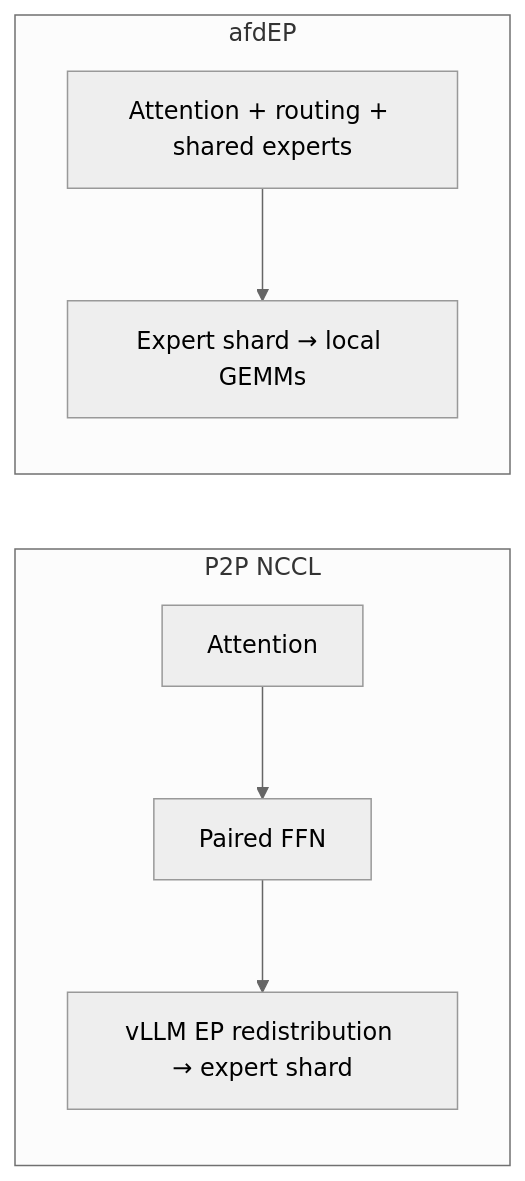
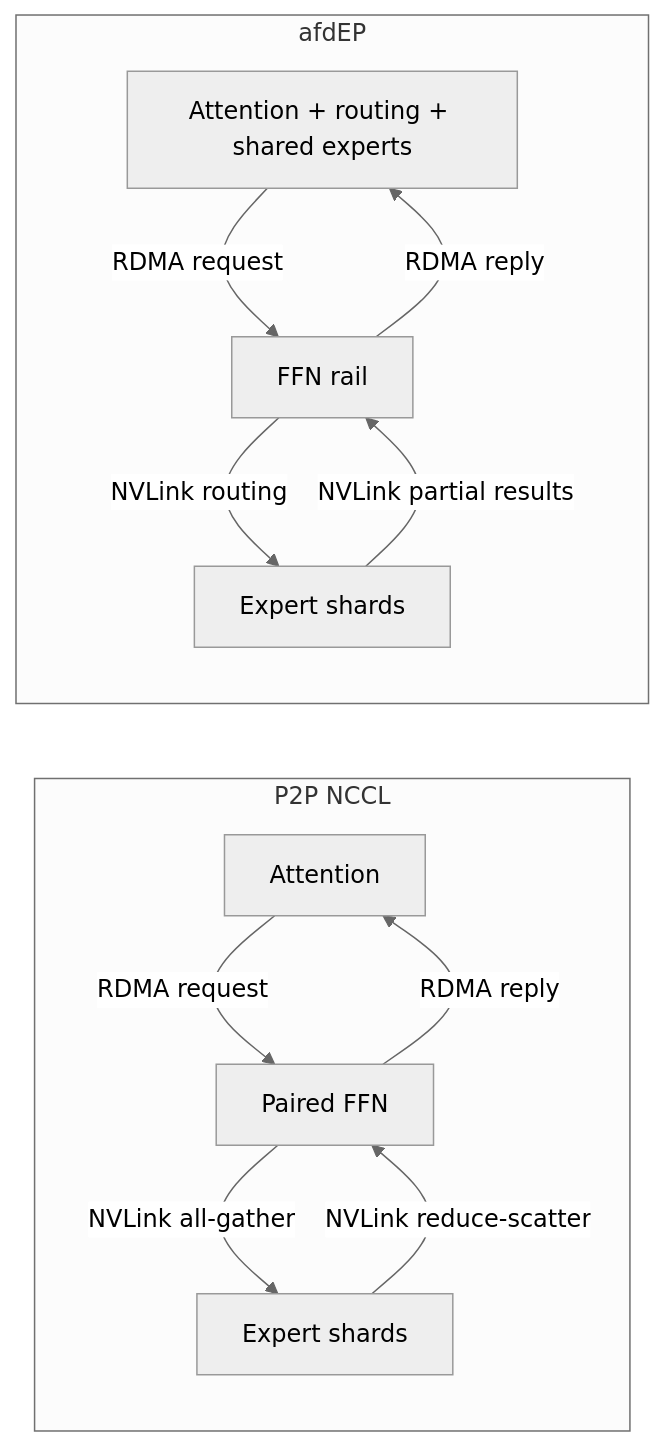
Before and after one commit to ms-llmd/afd-plugin: the diagram in recipe/gpu/AfdEPConnector/README.md, drawn with Mermaid (neutral theme). The commit also changed other lines of this file and 2 other files, not shown here.

Commit message:
Record matched serving ITL and graph controls

````diff
--- a/recipe/gpu/AfdEPConnector/README.md
+++ b/recipe/gpu/AfdEPConnector/README.md
@@ -3,10 +3,15 @@
 ```mermaid
 flowchart LR
   subgraph P2P["P2P NCCL"]
-    A[Attention] --> F[Paired FFN]
-    F --> E["vLLM EP redistribution → expert shard"]
+    A[Attention] -->|RDMA request| F[Paired FFN]
+    F -->|NVLink all-gather| E[Expert shards]
+    E -->|NVLink reduce-scatter| F
+    F -->|RDMA reply| A
   end
   subgraph afdEP[afdEP]
-    A2["Attention + routing + shared experts"] --> E2["Expert shard → local GEMMs"]
+    A2["Attention + routing + shared experts"] -->|RDMA request| R[FFN rail]
+    R -->|NVLink routing| E2[Expert shards]
+    E2 -->|NVLink partial results| R
+    R -->|RDMA reply| A2
   end
 ```
````
